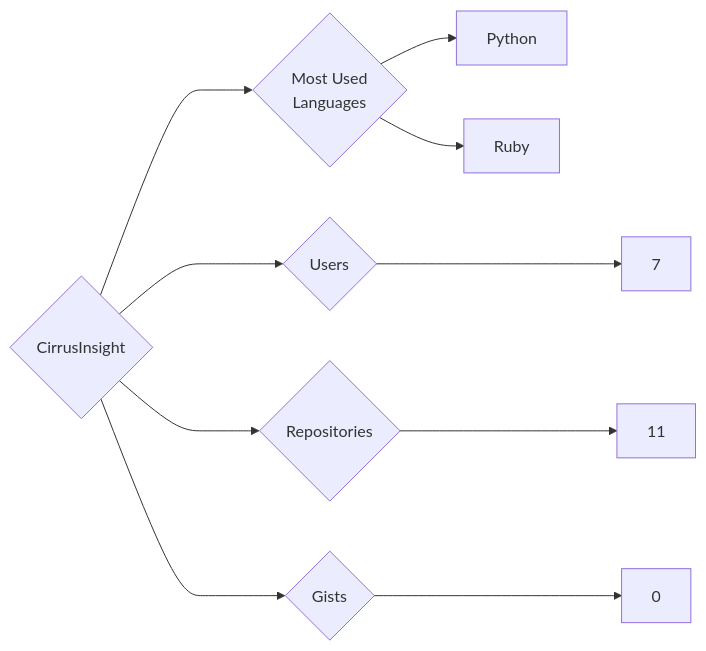
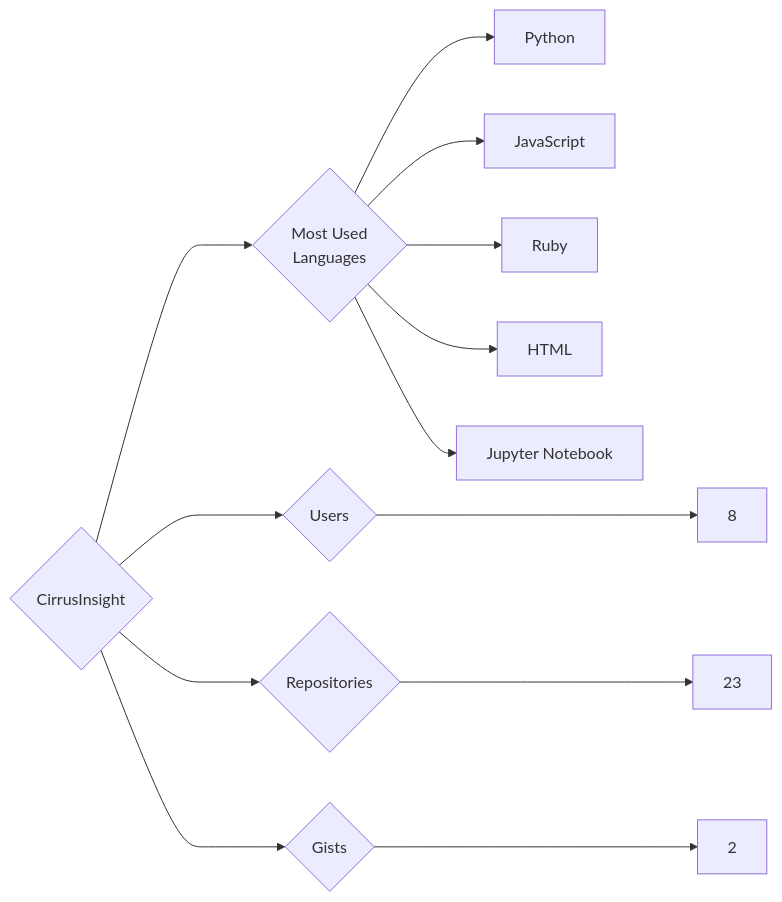
Before and after one commit to trickest/insiders: the diagram in targets/CirrusInsight/README.md, drawn with Mermaid. The commit also changed 1195 other files, not shown here.

````diff
--- a/targets/CirrusInsight/README.md
+++ b/targets/CirrusInsight/README.md
@@ -3,10 +3,13 @@
 ```mermaid
 graph LR
 COMPANY_NAME{CirrusInsight}
-COMPANY_NAME ---> U{Users} ---> UN[7]
-COMPANY_NAME ---> R{Repositories} ---> RN[11]
-COMPANY_NAME ---> G{Gists} ---> GN[0]
+COMPANY_NAME ---> U{Users} ---> UN[8]
+COMPANY_NAME ---> R{Repositories} ---> RN[23]
+COMPANY_NAME ---> G{Gists} ---> GN[2]
 COMPANY_NAME ---> ML{Most Used<br>Languages}
 ML --> Python[Python]
+ML --> JavaScript[JavaScript]
 ML --> Ruby[Ruby]
+ML --> HTML[HTML]
+ML --> Jupyter_Notebook[Jupyter Notebook]
 ```
````
